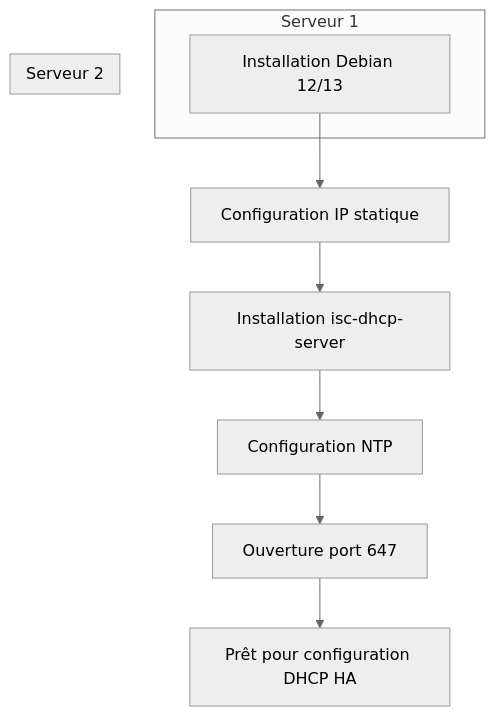
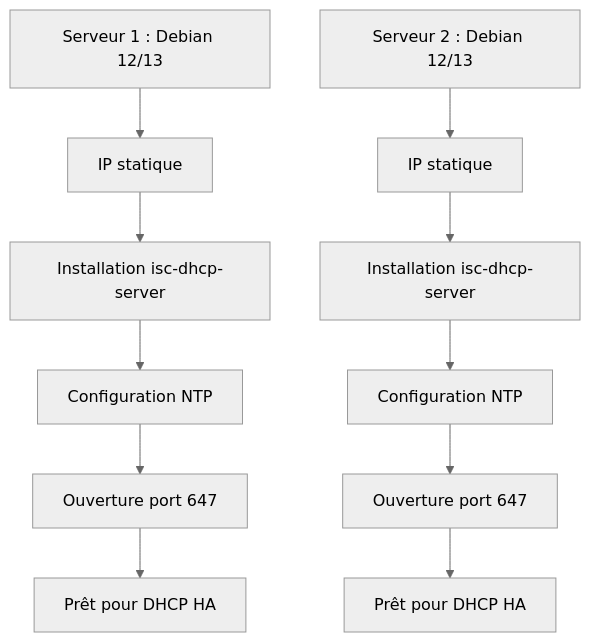
Before and after one commit to 0xCyberLiTech/DHCP: the second of 5 diagrams in DHCP_HA_INSTALLATION.md, drawn with Mermaid (neutral theme). The commit also changed other lines of this file and 1 other file, not shown here.

````diff
--- a/DHCP_HA_INSTALLATION.md
+++ b/DHCP_HA_INSTALLATION.md
@@ -81,14 +81,15 @@
 ```mermaid
 flowchart TD
-  A[Installation Debian 12/13] --> B[Configuration IP statique]
-  B --> C[Installation isc-dhcp-server]
-  C --> D[Configuration NTP]
-  D --> E[Ouverture port 647]
-  E --> F[Prêt pour configuration DHCP HA]
-  subgraph Serveur 1
-    A
-  end
-  subgraph Serveur 2
-    A
-  end
+  S1[Serveur 1 : Debian 12/13]
+  S2[Serveur 2 : Debian 12/13]
+  S1 --> IP1[IP statique]
+  S2 --> IP2[IP statique]
+  IP1 --> DHCP1[Installation isc-dhcp-server]
+  IP2 --> DHCP2[Installation isc-dhcp-server]
+  DHCP1 --> NTP1[Configuration NTP]
+  DHCP2 --> NTP2[Configuration NTP]
+  NTP1 --> PORT1[Ouverture port 647]
+  NTP2 --> PORT2[Ouverture port 647]
+  PORT1 --> READY1[Prêt pour DHCP HA]
+  PORT2 --> READY2[Prêt pour DHCP HA]
 ```
````
